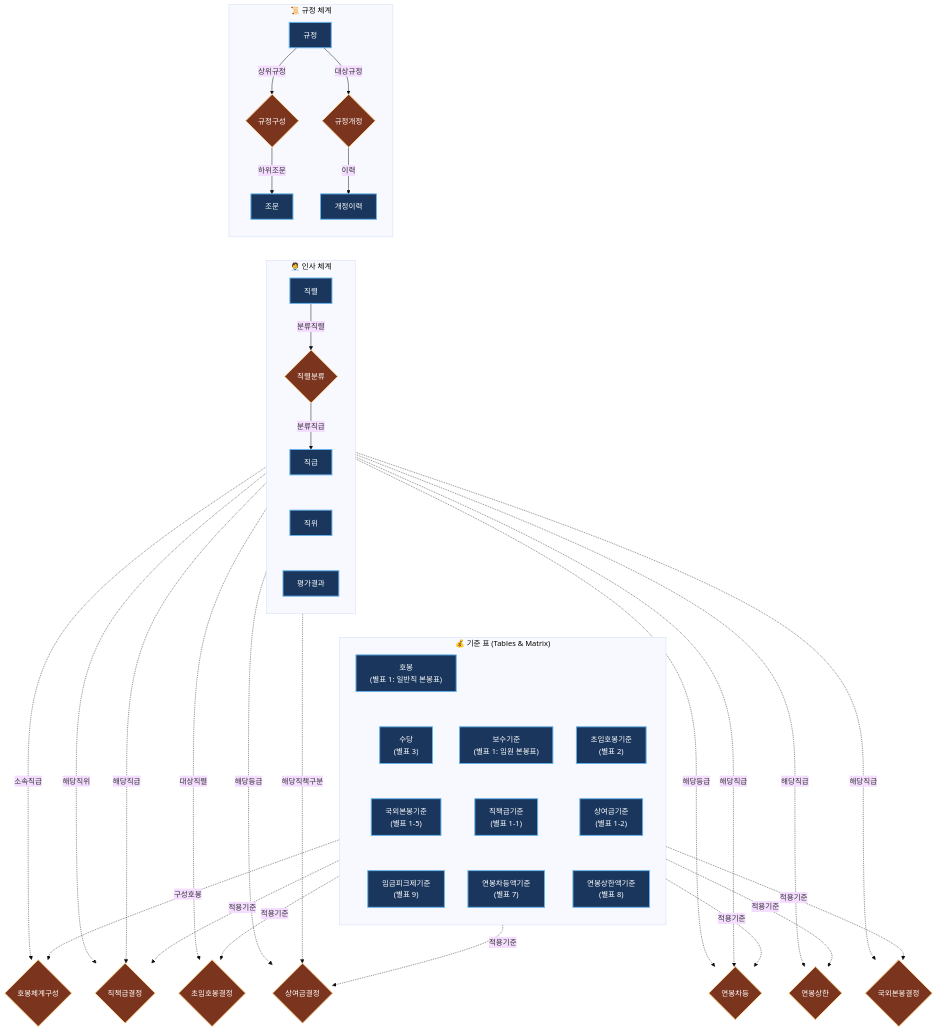
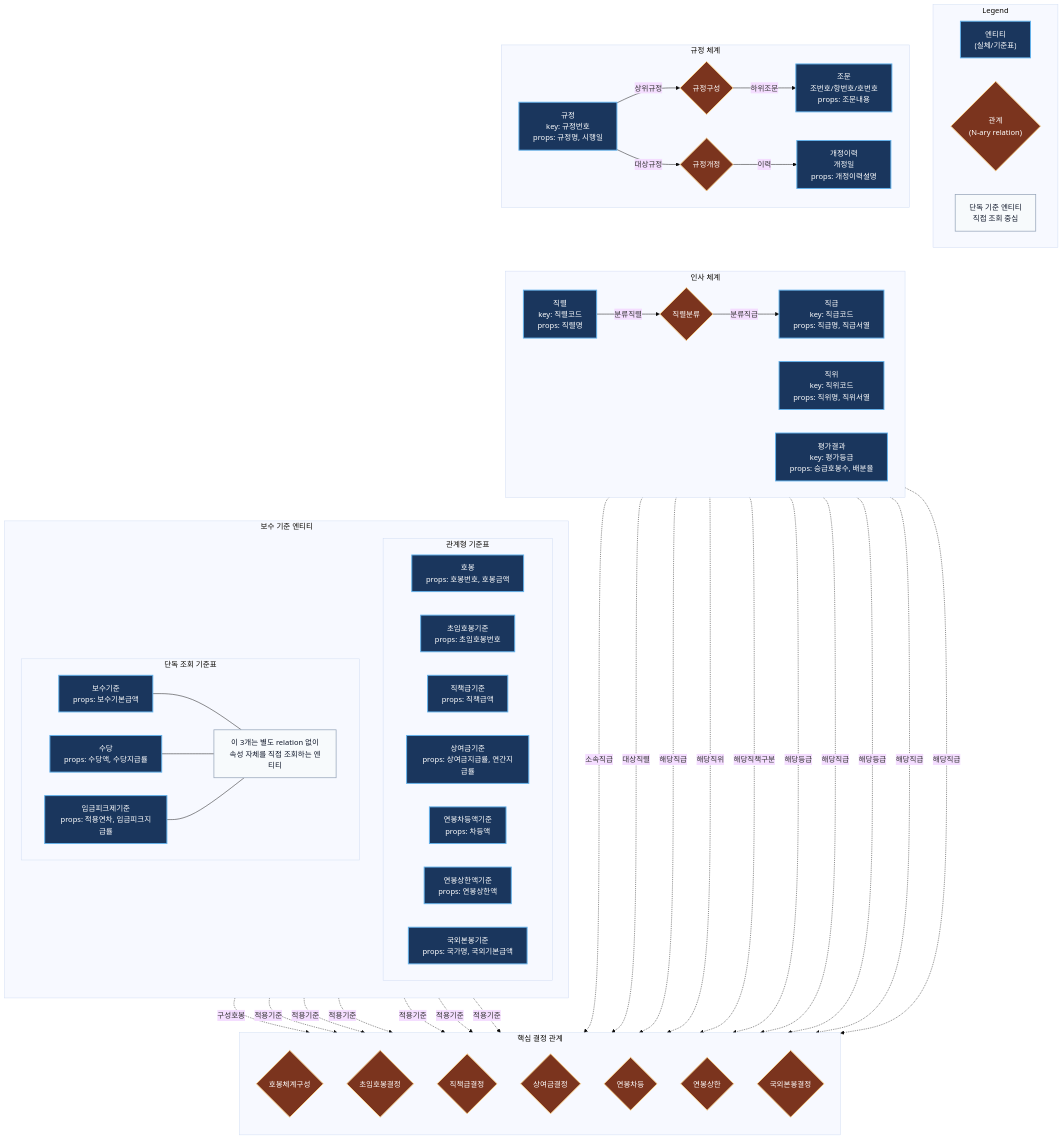
Before and after one commit to shezgone/bok-compensation-regulations: the first of 4 diagrams in docs/schema_diagram.md, drawn with Mermaid (base theme). The commit also changed other lines of this file and 2 other files, not shown here.

Commit message:
Improve schema diagram documentation

````diff
--- a/docs/schema_diagram.md
+++ b/docs/schema_diagram.md
@@ -3,101 +9,101 @@
 ```mermaid
 flowchart TD
-    %% 다크 모드/라이트 모드 고대비 색상 (마름모: Relation, 네모: Entity)
     classDef entity fill:#1a365d,stroke:#63b3ed,stroke-width:2px,color:#ffffff;
     classDef relation fill:#7b341e,stroke:#fbd38d,stroke-width:2px,color:#ffffff,shape:diamond;
+    classDef note fill:#f7fafc,stroke:#94a3b8,stroke-width:1.5px,color:#0f172a;
 
-    %% --------------------------------
-    %% 1. 규정 체계 (Regulation System)
-    %% --------------------------------
-    subgraph 규정_체계["📜 규정 체계"]
-        direction TB
-        Regulation["규정"]:::entity
+    subgraph Legend["Legend"]
+        direction LR
+        L1["엔티티\n(실체/기준표)"]:::entity
+        L2{"관계\n(N-ary relation)"}:::relation
+        L3["단독 기준 엔티티\n직접 조회 중심"]:::note
+    end
+
+    subgraph 규정_체계["규정 체계"]
+        direction LR
+        Regulation["규정\nkey: 규정번호\nprops: 규정명, 시행일"]:::entity
         Rel_Comp{"규정구성"}:::relation
-        Article["조문"]:::entity
-        
+        Article["조문\n조번호/항번호/호번호\nprops: 조문내용"]:::entity
         Rel_Rev{"규정개정"}:::relation
-        History["개정이력"]:::entity
+        History["개정이력\n개정일\nprops: 개정이력설명"]:::entity
 
         Regulation -->|상위규정| Rel_Comp -->|하위조문| Article
         Regulation -->|대상규정| Rel_Rev -->|이력| History
     end
 
-    %% --------------------------------
-    %% 2. 인사 체계 (HR System)
-    %% --------------------------------
-    subgraph 인사_체계["🧑‍💼 인사 체계"]
-        direction TB
-        JobGroup["직렬"]:::entity
+    subgraph 인사_체계["인사 체계"]
+        direction LR
+        JobGroup["직렬\nkey: 직렬코드\nprops: 직렬명"]:::entity
         Rel_Class{"직렬분류"}:::relation
-        Rank["직급"]:::entity
-        Position["직위"]:::entity
-        Eval["평가결과"]:::entity
-        
+        Rank["직급\nkey: 직급코드\nprops: 직급명, 직급서열"]:::entity
+        Position["직위\nkey: 직위코드\nprops: 직위명, 직위서열"]:::entity
+        Eval["평가결과\nkey: 평가등급\nprops: 승급호봉수, 배분율"]:::entity
+
         JobGroup -->|분류직렬| Rel_Class -->|분류직급| Rank
-        Rank ~~~ Position
-        Position ~~~ Eval
     end
 
-    %% --------------------------------
-    %% 3. 보수 산정 기준 엔티티 (모든 표/별표 매핑)
-    %% --------------------------------
-    subgraph 보수_체계["💰 기준 표 (Tables & Matrix)"]
+    subgraph 기준_엔티티["보수 기준 엔티티"]
         direction TB
-        PayStep["호봉\n(별표 1: 일반직 본봉표)"]:::entity
-        BasePay["보수기준\n(별표 1: 임원 본봉표)"]:::entity
-        InitStepStd["초임호봉기준\n(별표 2)"]:::entity
-        
-        Allowance["수당\n(별표 3)"]:::entity
-        PosPayStd["직책급기준\n(별표 1-1)"]:::entity
-        BonusStd["상여금기준\n(별표 1-2)"]:::entity
-        
-        OverseasStd["국외본봉기준\n(별표 1-5)"]:::entity
-        SalDiffStd["연봉차등액기준\n(별표 7)"]:::entity
-        SalCapStd["연봉상한액기준\n(별표 8)"]:::entity
-        
-        WagePeakStd["임금피크제기준\n(별표 9)"]:::entity
 
-        %% 가로로 너무 퍼지지 않게 세로 정렬 유도
-        PayStep ~~~ Allowance ~~~ OverseasStd ~~~ WagePeakStd
-        BasePay ~~~ PosPayStd ~~~ SalDiffStd
-        InitStepStd ~~~ BonusStd ~~~ SalCapStd
+        subgraph 관계형_기준["관계형 기준표"]
+            direction LR
+            PayStep["호봉\nprops: 호봉번호, 호봉금액"]:::entity
+            InitStepStd["초임호봉기준\nprops: 초임호봉번호"]:::entity
+            PosPayStd["직책급기준\nprops: 직책급액"]:::entity
+            BonusStd["상여금기준\nprops: 상여금지급률, 연간지급률"]:::entity
+            SalDiffStd["연봉차등액기준\nprops: 차등액"]:::entity
+            SalCapStd["연봉상한액기준\nprops: 연봉상한액"]:::entity
+            OverseasStd["국외본봉기준\nprops: 국가명, 국외기본급액"]:::entity
+        end
+
+        subgraph 단독_기준["단독 조회 기준표"]
+            direction LR
+            BasePay["보수기준\nprops: 보수기본급액"]:::entity
+            Allowance["수당\nprops: 수당액, 수당지급률"]:::entity
+            WagePeakStd["임금피크제기준\nprops: 적용연차, 임금피크지급률"]:::entity
+            StandaloneNote["이 3개는 별도 relation 없이\n속성 자체를 직접 조회하는 엔티티"]:::note
+
+            BasePay --- StandaloneNote
+            Allowance --- StandaloneNote
+            WagePeakStd --- StandaloneNote
+        end
     end
 
-    %% 서브그래프 간의 수직적 흐름 유도 (보이지 않는 선)
     규정_체계 ~~~ 인사_체계
-    인사_체계 ~~~ 보수_체계
+    인사_체계 ~~~ 기준_엔티티
 
-    %% --------------------------------
-    %% 4. N-ary(다항) 하이퍼그래프 릴레이션 매핑
-    %% --------------------------------
-    Rel_PayStep{"호봉체계구성"}:::relation
-    Rank -.->|소속직급| Rel_PayStep
-    PayStep -.->|구성호봉| Rel_PayStep
+    subgraph 핵심_결정_관계["핵심 결정 관계"]
+        direction TB
+        Rel_PayStep{"호봉체계구성"}:::relation
+        Rel_InitStep{"초임호봉결정"}:::relation
+        Rel_PositionPay{"직책급결정"}:::relation
+        Rel_Bonus{"상여금결정"}:::relation
+        Rel_SalDiff{"연봉차등"}:::relation
+        Rel_SalCap{"연봉상한"}:::relation
+        Rel_Overseas{"국외본봉결정"}:::relation
+    end
 
-    Rel_InitStep{"초임호봉결정"}:::relation
-    JobGroup -.->|대상직렬| Rel_InitStep
-    InitStepStd -.->|적용기준| Rel_InitStep
+    Rank -. 소속직급 .-> Rel_PayStep
+    PayStep -. 구성호봉 .-> Rel_PayStep
 
-    Rel_PositionPay{"직책급결정"}:::relation
-    Rank -.->|해당직급| Rel_PositionPay
-    Position -.->|해당직위| Rel_PositionPay
-    PosPayStd -.->|적용기준| Rel_PositionPay
+    JobGroup -. 대상직렬 .-> Rel_InitStep
+    InitStepStd -. 적용기준 .-> Rel_InitStep
 
-    Rel_Bonus{"상여금결정"}:::relation
-    Position -.->|해당직책구분| Rel_Bonus
-    Eval -.->|해당등급| Rel_Bonus
-    BonusStd -.->|적용기준| Rel_Bonus
+    Rank -. 해당직급 .-> Rel_PositionPay
+    Position -. 해당직위 .-> Rel_PositionPay
+    PosPayStd -. 적용기준 .-> Rel_PositionPay
 
-    Rel_SalDiff{"연봉차등"}:::relation
-    Rank -.->|해당직급| Rel_SalDiff
-    Eval -.->|해당등급| Rel_SalDiff
-    SalDiffStd -.->|적용기준| Rel_SalDiff
+    Position -. 해당직책구분 .-> Rel_Bonus
+    Eval -. 해당등급 .-> Rel_Bonus
+    BonusStd -. 적용기준 .-> Rel_Bonus
 
-    Rel_SalCap{"연봉상한"}:::relation
-    Rank -.->|해당직급| Rel_SalCap
-    SalCapStd -.->|적용기준| Rel_SalCap
+    Rank -. 해당직급 .-> Rel_SalDiff
+    Eval -. 해당등급 .-> Rel_SalDiff
+    SalDiffStd -. 적용기준 .-> Rel_SalDiff
 
-    Rel_Overseas{"국외본봉결정"}:::relation
-    Rank -.->|해당직급| Rel_Overseas
-    OverseasStd -.->|적용기준| Rel_Overseas
+    Rank -. 해당직급 .-> Rel_SalCap
+    SalCapStd -. 적용기준 .-> Rel_SalCap
+
+    Rank -. 해당직급 .-> Rel_Overseas
+    OverseasStd -. 적용기준 .-> Rel_Overseas
 ```
````
